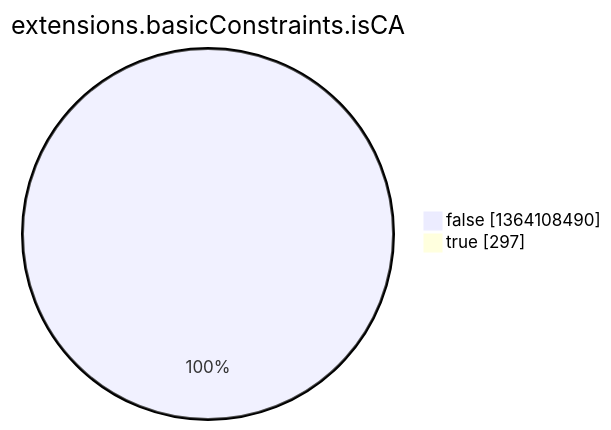
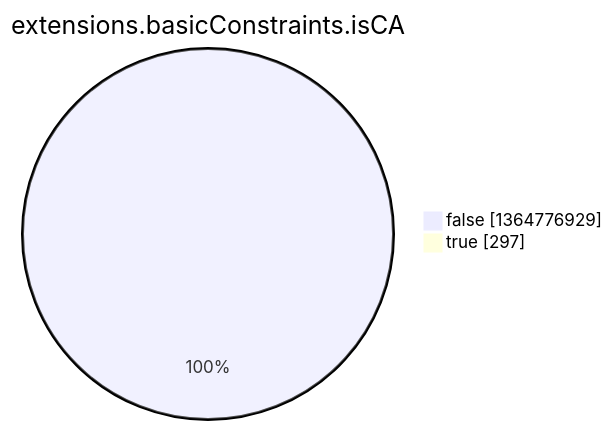
One commit to christiankrug/ctmonitor_visualization changed the eighth of 15 diagrams in argon2022/README.md. Above: the diagram before and after it, drawn with Mermaid. The commit also changed other lines of this file, not shown here.

````diff
--- a/argon2022/README.md
+++ b/argon2022/README.md
@@ -2758,6 +2758,6 @@
 ```mermaid
 pie showData
 title extensions.basicConstraints.isCA
-"false" :1364108490
+"false" :1364776929
 "true" :297
 ```
````
